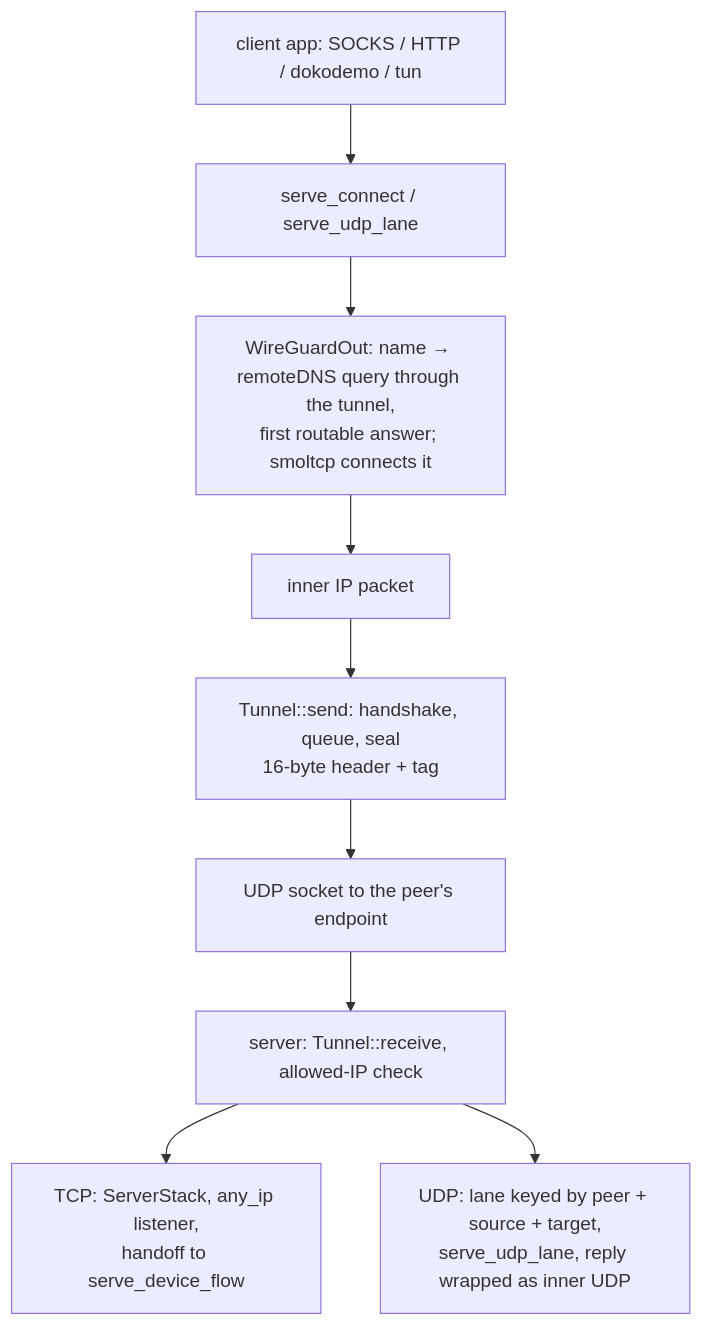
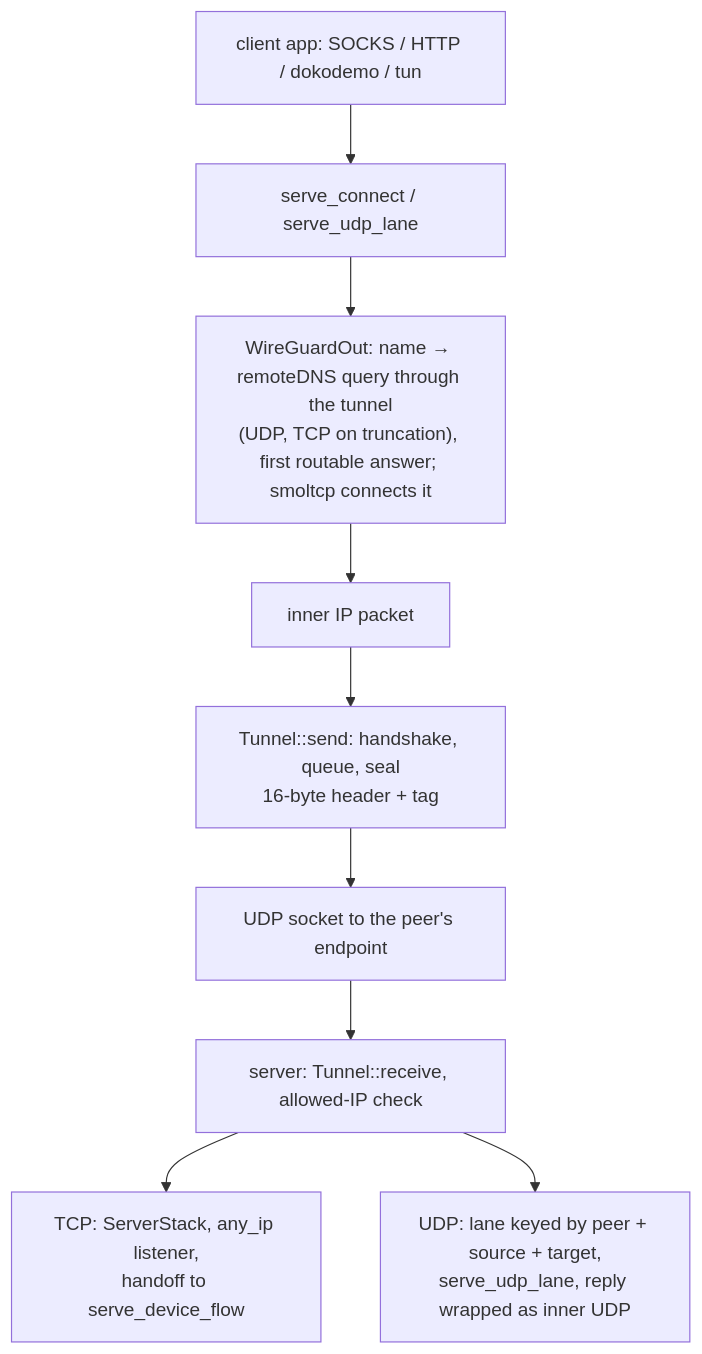
One commit to Ferrocite/ferrox changed the diagram in docs/function/wireguard.md. Above: the diagram before and after it, drawn with Mermaid. The commit also changed other lines of this file and 3 other files, not shown here.

Commit message:
wireguard: retry a truncated remote dns answer over tcp

````diff
--- a/docs/function/wireguard.md
+++ b/docs/function/wireguard.md
@@ -21,11 +21,11 @@
 ```mermaid
 graph TD
     A["client app: SOCKS / HTTP / dokodemo / tun"] --> B["serve_connect / serve_udp_lane"]
-    B --> C["WireGuardOut: name → remoteDNS query through the tunnel,<br/>first routable answer; smoltcp connects it"]
+    B --> C["WireGuardOut: name → remoteDNS query through the tunnel<br/>(UDP, TCP on truncation), first routable answer; smoltcp connects it"]
     C --> D["inner IP packet"]
     D --> E["Tunnel::send: handshake, queue, seal<br/>16-byte header + tag"]
     E --> F["UDP socket to the peer's endpoint"]
     F --> G["server: Tunnel::receive, allowed-IP check"]
     G --> H["TCP: ServerStack, any_ip listener,<br/>handoff to serve_device_flow"]
     G --> I["UDP: lane keyed by peer + source + target,<br/>serve_udp_lane, reply wrapped as inner UDP"]
 ```
````
